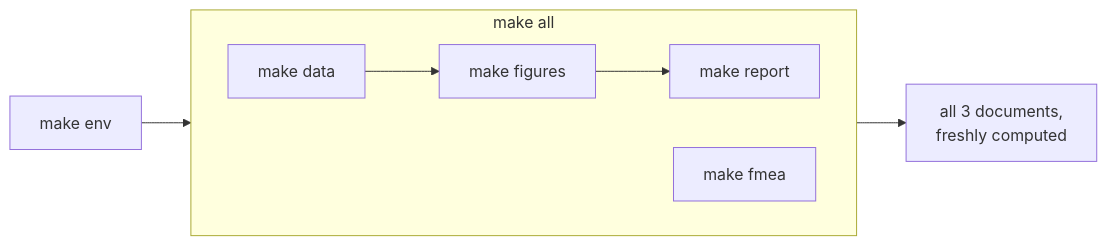
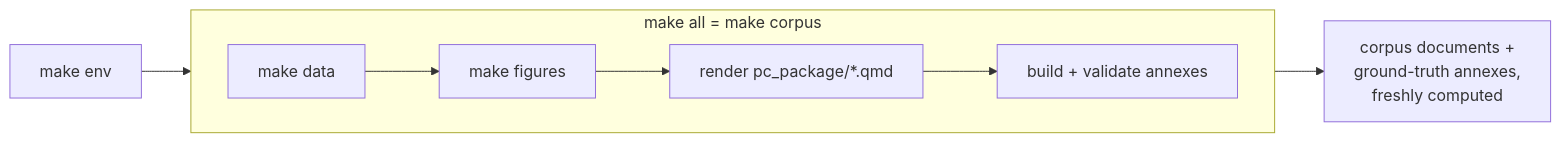
The ninth of 12 diagrams in docs/WORKFLOW.md (MoritzImendoerffer/synthetic_data), drawn with Mermaid before and after one commit. The commit also changed other lines of this file and 4 other files, not shown here.

First line of the commit message:
Update docs, build targets and ignores for the corpus-centric layout

````diff
--- a/docs/WORKFLOW.md
+++ b/docs/WORKFLOW.md
@@ -355,10 +367,9 @@
 ```mermaid
 flowchart LR
     ENV["make env"] --> ALL
-    subgraph ALL["make all"]
+    subgraph ALL["make all = make corpus"]
       direction LR
-      D["make data"] --> F["make figures"] --> R["make report"]
-      X["make fmea"]
+      D["make data"] --> F["make figures"] --> R["render pc_package/*.qmd"] --> G["build + validate annexes"]
     end
-    ALL --> OUT["all 3 documents,<br/>freshly computed"]
+    ALL --> OUT["corpus documents +<br/>ground-truth annexes,<br/>freshly computed"]
 ```
````
